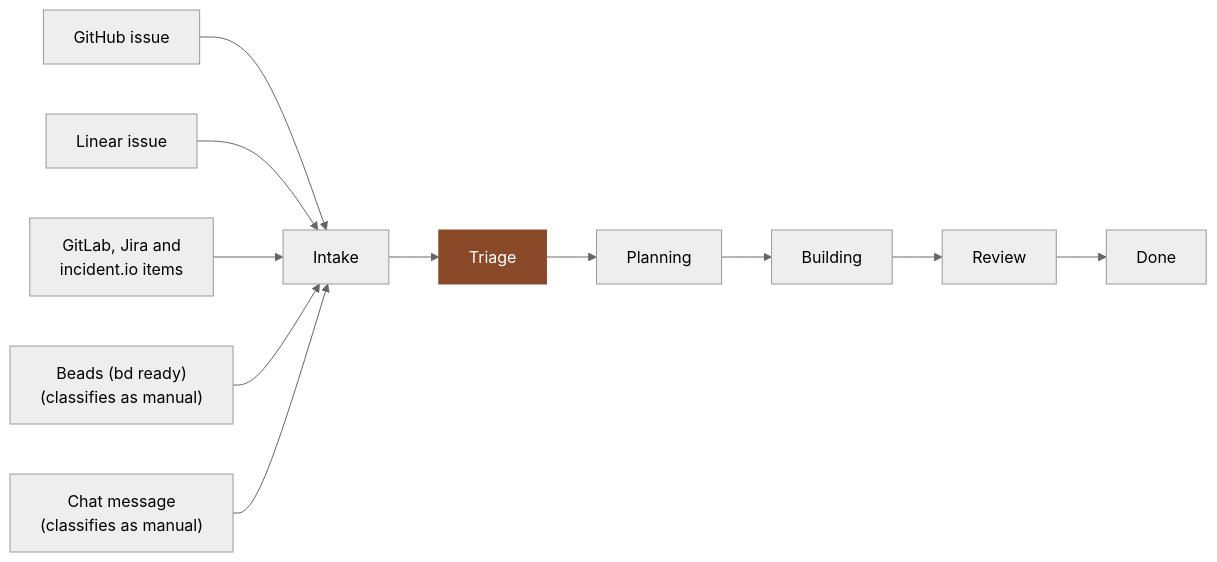
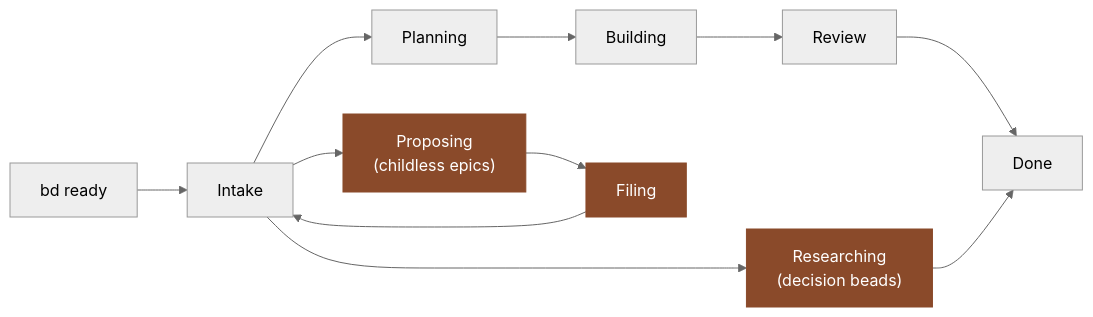
Before and after one commit to hamchowderr/samskara: the diagram in README.md, drawn with Mermaid (neutral theme). The commit also changed other lines of this file and 39 other files, not shown here.

````diff
--- a/README.md
+++ b/README.md
@@ -96,12 +98,11 @@
 ```mermaid
 flowchart LR
-    GH["GitHub issue"] --> IN
-    LN["Linear issue"] --> IN
-    OT["GitLab, Jira and<br/>incident.io items"] --> IN
-    BD["Beads (bd ready)<br/>(classifies as manual)"] --> IN
-    CH["Chat message<br/>(classifies as manual)"] --> IN
+    BD["bd ready"] --> IN["Intake"]
+    IN --> PL["Planning"] --> BU["Building"] --> RV["Review"] --> DN["Done"]
+    IN --> RS["Researching<br/>(decision beads)"] --> DN
+    IN --> PR["Proposing<br/>(childless epics)"] --> FI["Filing"] --> IN
 
-    IN["Intake"] --> TR["Triage"] --> PL["Planning"] --> BU["Building"] --> RV["Review"] --> DN["Done"]
-
-    style TR fill:#8a4a2a,stroke:#8a4a2a,color:#fff
+    style RS fill:#8a4a2a,stroke:#8a4a2a,color:#fff
+    style PR fill:#8a4a2a,stroke:#8a4a2a,color:#fff
+    style FI fill:#8a4a2a,stroke:#8a4a2a,color:#fff
 ```
````
